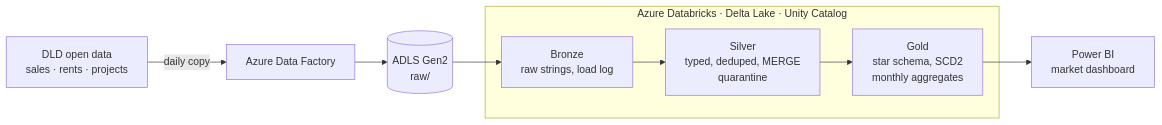
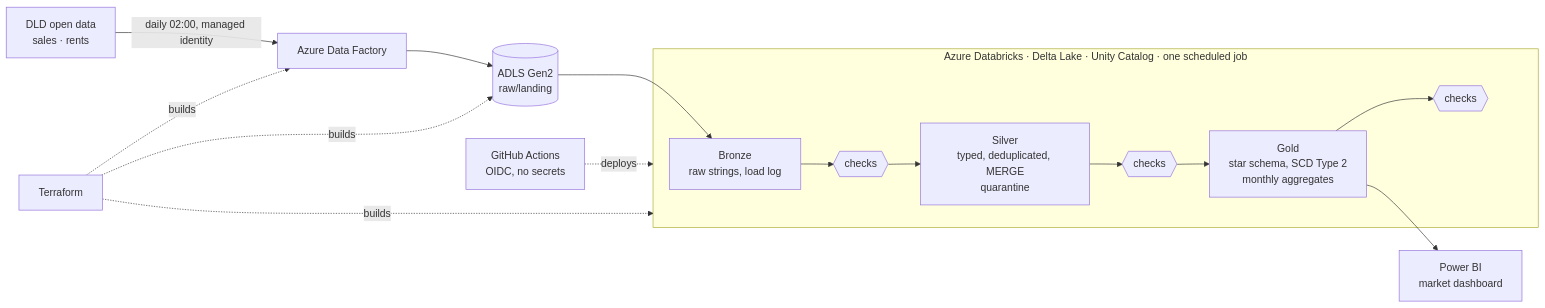
Before and after one commit to salmantariq596/dubai-property-data-platform: the diagram in README.md, drawn with Mermaid. The commit also changed other lines of this file and 5 other files, not shown here.

First line of the commit message:
Module 10: README rewrite, architecture and design Q&A docs, docs link tests

````diff
--- a/README.md
+++ b/README.md
@@ -13,11 +23,14 @@
 ```mermaid
 flowchart LR
-    A[DLD open data<br/>sales · rents · projects] -->|daily copy| B[Azure Data Factory]
-    B --> C[(ADLS Gen2<br/>raw/)]
-    subgraph DBX [Azure Databricks · Delta Lake · Unity Catalog]
-        D[Bronze<br/>raw strings, load log] --> E[Silver<br/>typed, deduped, MERGE<br/>quarantine]
-        E --> F[Gold<br/>star schema, SCD2<br/>monthly aggregates]
+    A[DLD open data<br/>sales · rents] -->|daily 02:00, managed identity| B[Azure Data Factory]
+    B --> C[(ADLS Gen2<br/>raw/landing)]
+    subgraph DBX [Azure Databricks · Delta Lake · Unity Catalog · one scheduled job]
+        D[Bronze<br/>raw strings, load log] --> QB{{checks}} --> E[Silver<br/>typed, deduplicated, MERGE<br/>quarantine]
+        E --> QS{{checks}} --> F[Gold<br/>star schema, SCD Type 2<br/>monthly aggregates]
+        F --> QG{{checks}}
     end
     C --> D
     F --> G[Power BI<br/>market dashboard]
+    H[GitHub Actions<br/>OIDC, no secrets] -.deploys.-> DBX
+    T[Terraform] -.builds.-> B & C & DBX
 ```
````
